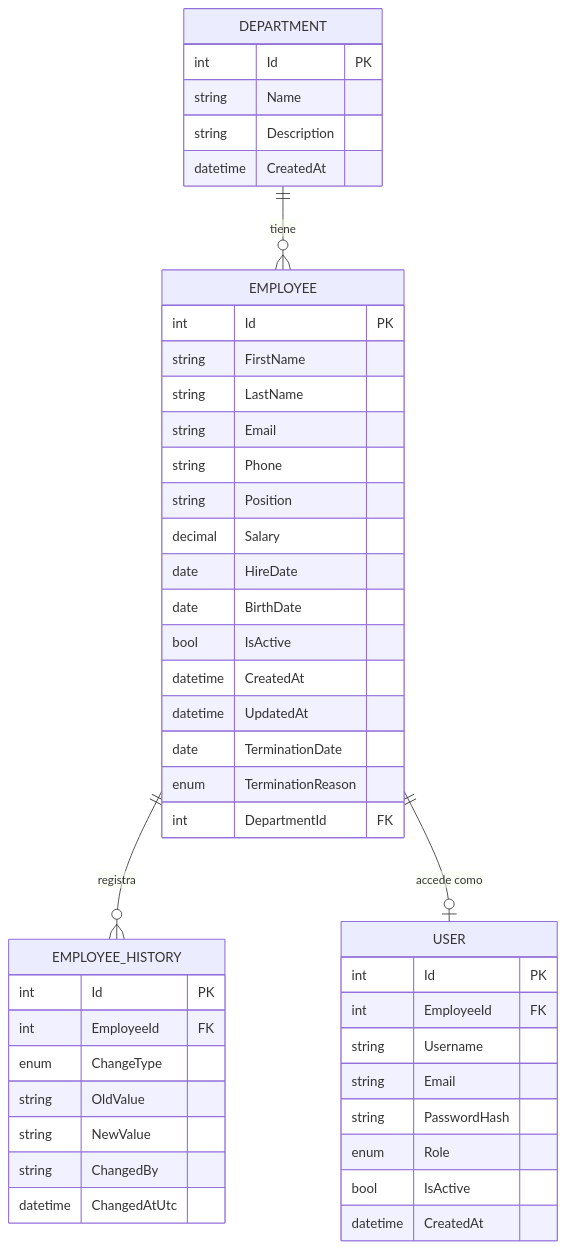
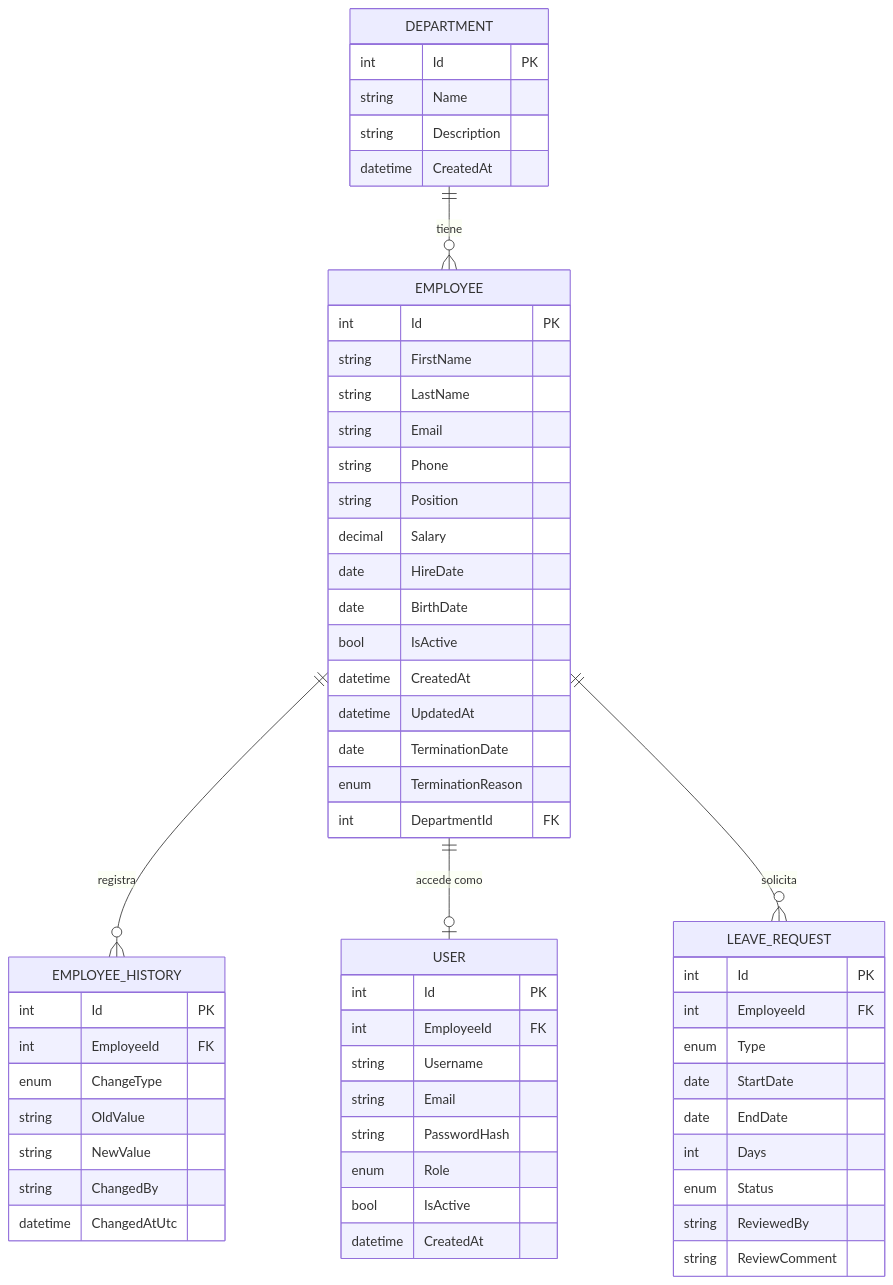
One commit to AaronChavezMtz/EmployeeManagementApi changed the second of 2 diagrams in README.md. Above: the diagram before and after it, drawn with Mermaid. The commit also changed other lines of this file and 13 other files, not shown here.

````diff
--- a/README.md
+++ b/README.md
@@ -87,49 +88,61 @@
 ```mermaid
 erDiagram
     DEPARTMENT ||--o{ EMPLOYEE : tiene
     EMPLOYEE ||--o{ EMPLOYEE_HISTORY : registra
     EMPLOYEE ||--o| USER : "accede como"
+    EMPLOYEE ||--o{ LEAVE_REQUEST : solicita
 
     DEPARTMENT {
         int Id PK
         string Name
         string Description
         datetime CreatedAt
     }
     EMPLOYEE {
         int Id PK
         string FirstName
         string LastName
         string Email
         string Phone
         string Position
         decimal Salary
         date HireDate
         date BirthDate
         bool IsActive
         datetime CreatedAt
         datetime UpdatedAt
         date TerminationDate
         enum TerminationReason
         int DepartmentId FK
     }
     EMPLOYEE_HISTORY {
         int Id PK
         int EmployeeId FK
         enum ChangeType
         string OldValue
         string NewValue
         string ChangedBy
         datetime ChangedAtUtc
     }
+    LEAVE_REQUEST {
+        int Id PK
+        int EmployeeId FK
+        enum Type
+        date StartDate
+        date EndDate
+        int Days
+        enum Status
+        string ReviewedBy
+        string ReviewComment
+    }
     USER {
         int Id PK
         int EmployeeId FK
         string Username
         string Email
         string PasswordHash
         enum Role
         bool IsActive
         datetime CreatedAt
     }
 ```
````
